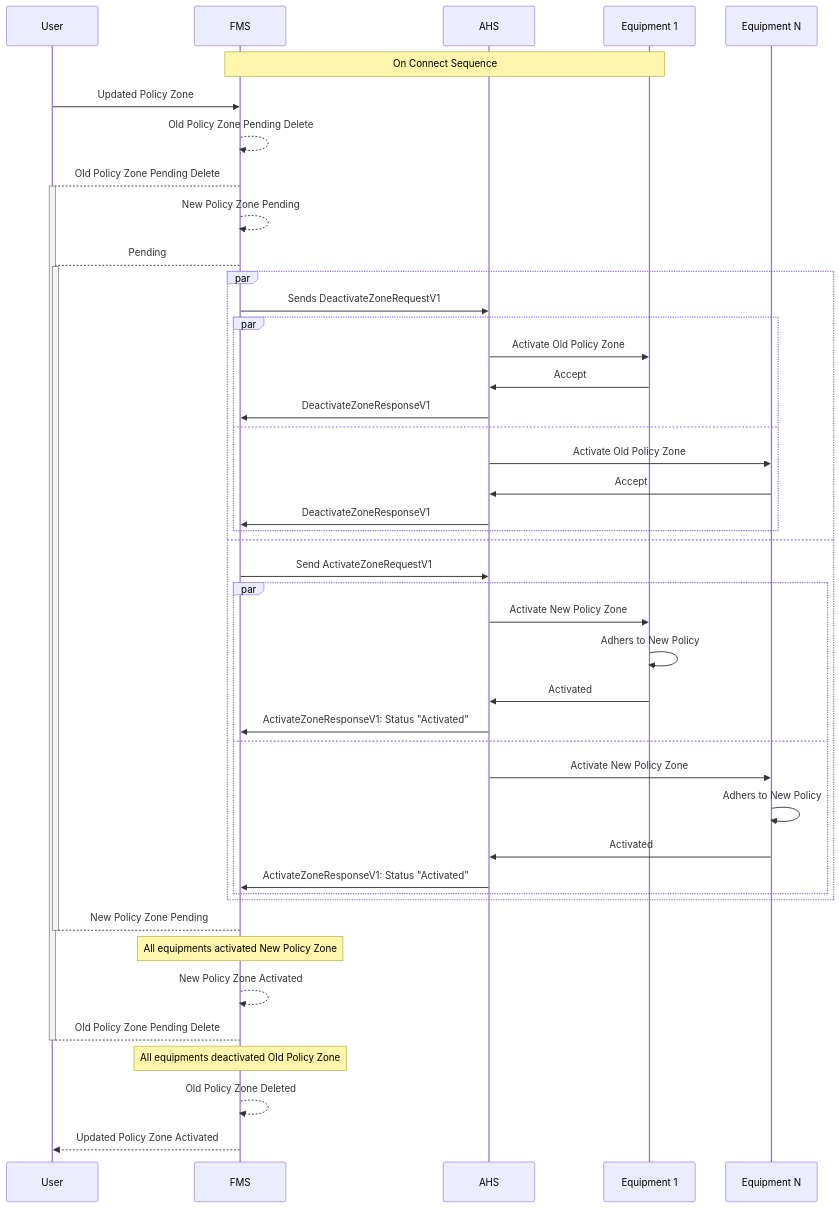
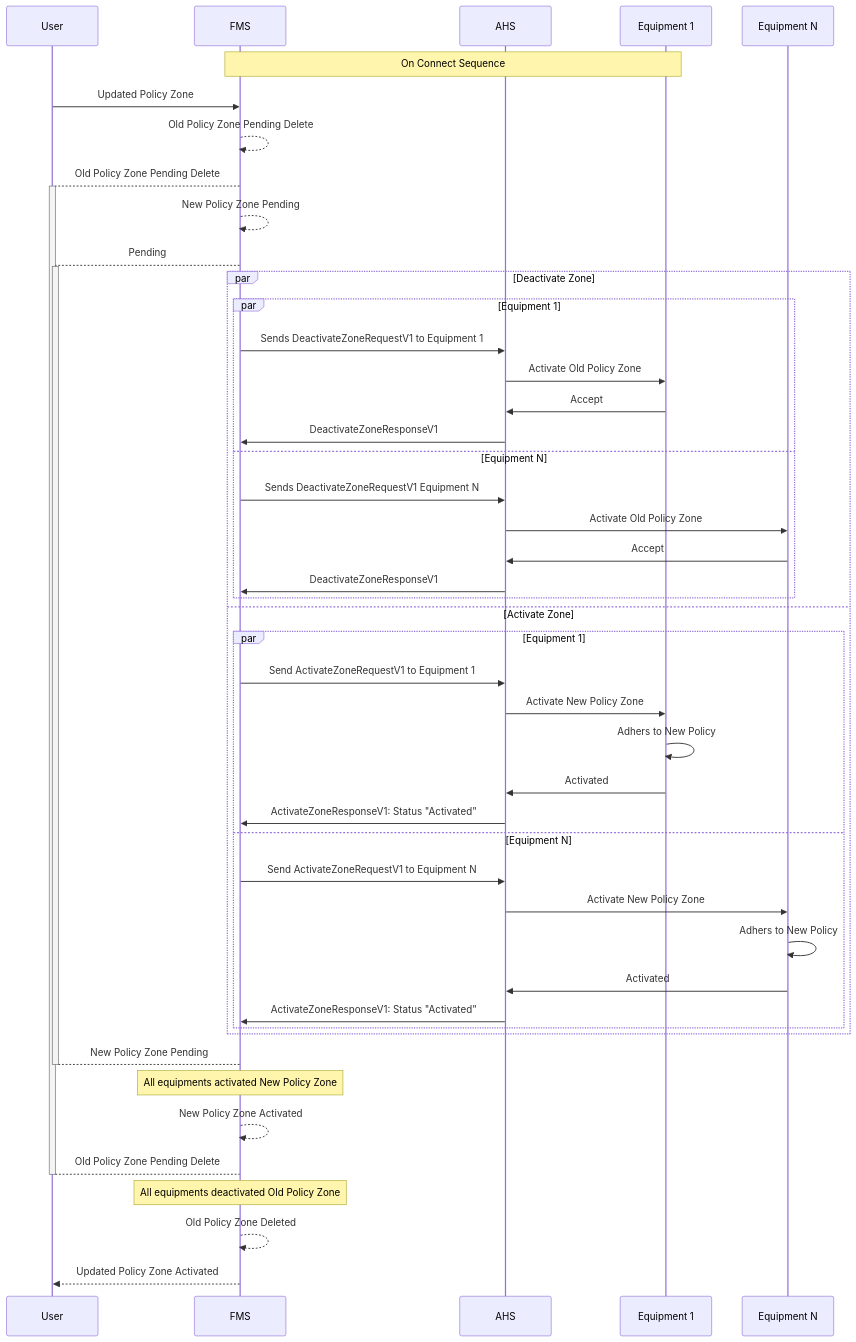
The sixth of 6 diagrams in diagram/SequenceDiagrams.md (open-autonomy/zone), drawn with Mermaid before and after one commit. The commit also changed other lines of this file and 5 other files, not shown here.

````diff
--- a/diagram/SequenceDiagrams.md
+++ b/diagram/SequenceDiagrams.md
@@ -143,53 +185,54 @@
 ```mermaid
 sequenceDiagram
     participant User
     participant FMS
     participant AHS
     participant Equipment 1
     participant Equipment N
 
     Note over FMS,Equipment 1: On Connect Sequence
     User->>FMS: Updated Policy Zone
     FMS-->>FMS: Old Policy Zone Pending Delete
     FMS-->+User: Old Policy Zone Pending Delete
     FMS-->>FMS: New Policy Zone Pending
     FMS-->+User: Pending
 
-    par
-        FMS->>AHS: Sends DeactivateZoneRequestV1
-
-        par
+    par Deactivate Zone
+        par Equipment 1
+            FMS->>AHS: Sends DeactivateZoneRequestV1 to Equipment 1
             AHS->>Equipment 1: Activate Old Policy Zone
             Equipment 1->>AHS: Accept
             AHS->>FMS: DeactivateZoneResponseV1
-        and
+        and Equipment N
+            FMS->>AHS: Sends DeactivateZoneRequestV1 Equipment N
             AHS->>Equipment N: Activate Old Policy Zone
             Equipment N->>AHS: Accept
             AHS->>FMS: DeactivateZoneResponseV1
         end
 
-    and 
-        FMS->>AHS: Send ActivateZoneRequestV1
-        par
+    and Activate Zone
+        par Equipment 1
+            FMS->>AHS: Send ActivateZoneRequestV1 to Equipment 1
             AHS->>Equipment 1: Activate New Policy Zone
             Equipment 1->>Equipment 1: Adhers to New Policy
             Equipment 1->>AHS: Activated
             AHS->>FMS: ActivateZoneResponseV1: Status "Activated"
-        and
+        and Equipment N
+            FMS->>AHS: Send ActivateZoneRequestV1 to Equipment N
             AHS->>Equipment N: Activate New Policy Zone
             Equipment N->>Equipment N: Adhers to New Policy
             Equipment N->>AHS: Activated
             AHS->>FMS: ActivateZoneResponseV1: Status "Activated"
         end
     end
     
     User-->-FMS: New Policy Zone Pending
     Note Over FMS: All equipments activated New Policy Zone
     FMS-->>FMS: New Policy Zone Activated
 
     User-->-FMS: Old Policy Zone Pending Delete
     Note Over FMS: All equipments deactivated Old Policy Zone
     FMS-->>FMS: Old Policy Zone Deleted
 
     FMS-->>User: Updated Policy Zone Activated
 ```
````
